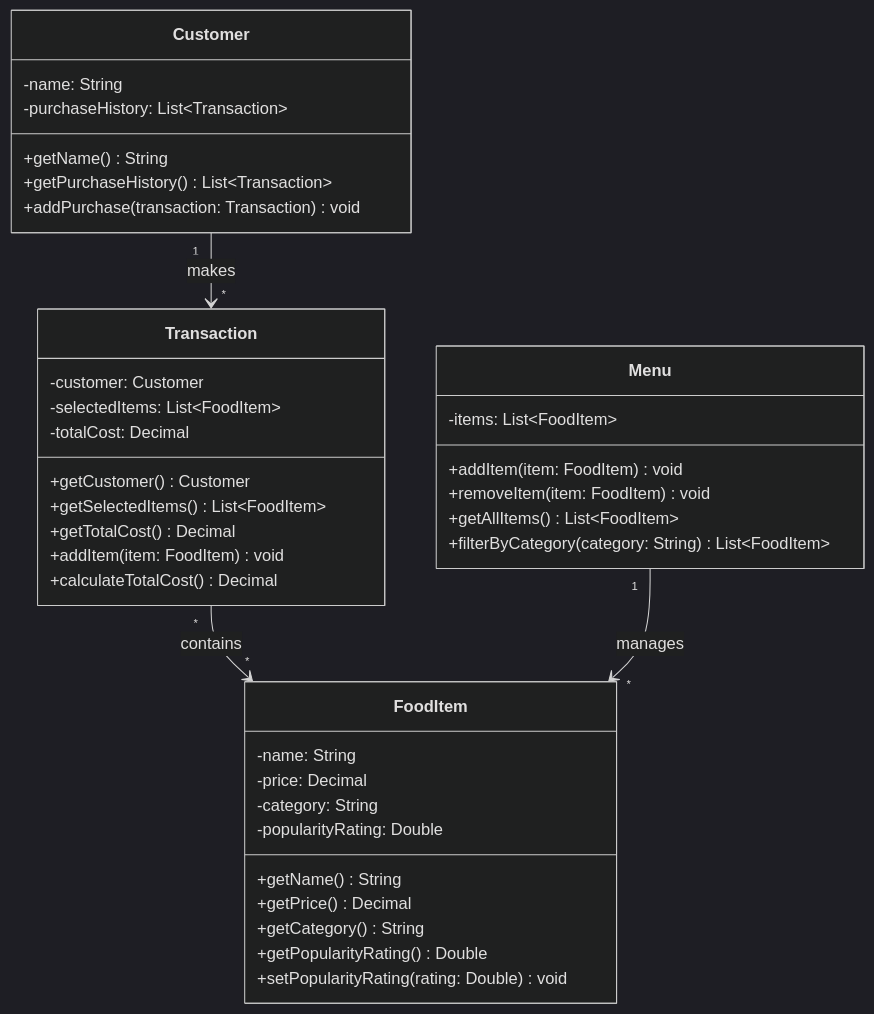
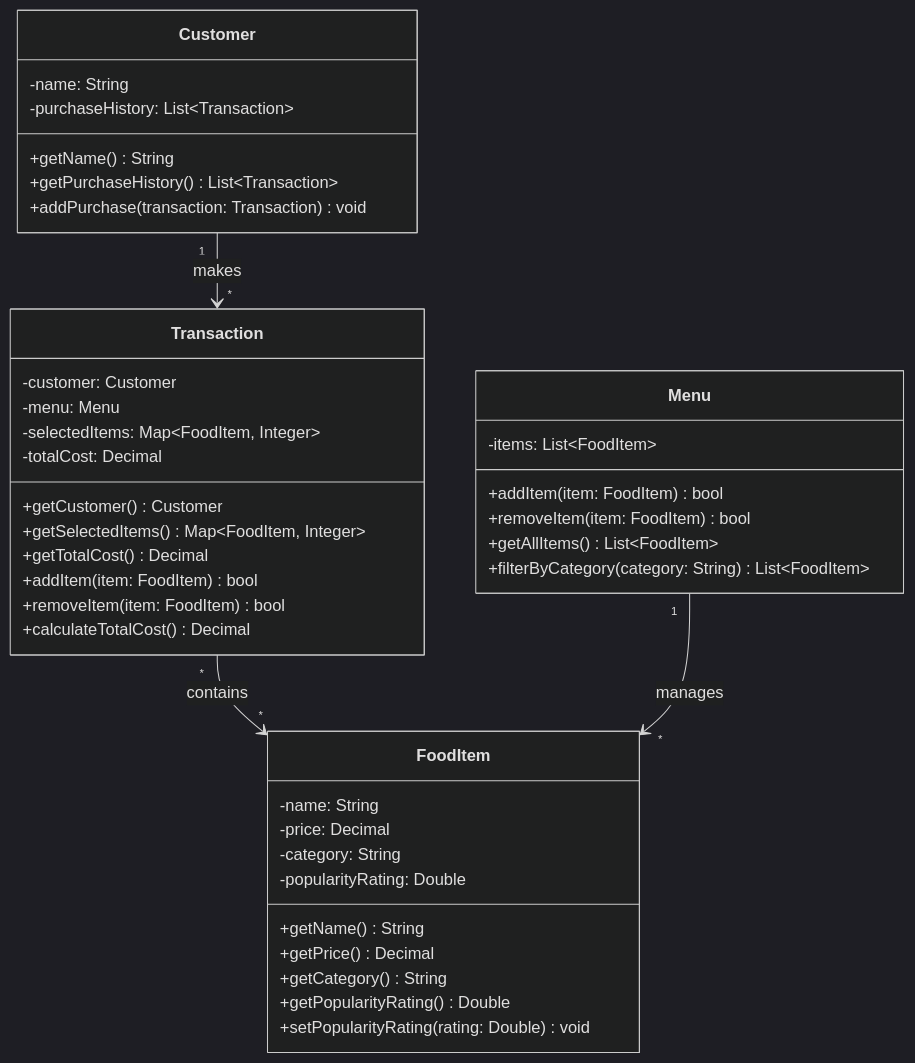
Before and after one commit to janellycedenoaquino/bytebites_tinker_activity: the diagram in bytebites_design.md, drawn with Mermaid (dark theme). The commit also changed 2 other files, not shown here.

Commit message:
updated the classes and changed things that didn't make sense in design md file

````diff
--- a/bytebites_design.md
+++ b/bytebites_design.md
@@ -3,45 +3,47 @@
 ```mermaid
 classDiagram
     class Customer {
         -name: String
         -purchaseHistory: List~Transaction~
         +getName() String
         +getPurchaseHistory() List~Transaction~
         +addPurchase(transaction: Transaction) void
     }
 
     class FoodItem {
         -name: String
         -price: Decimal
         -category: String
         -popularityRating: Double
         +getName() String
         +getPrice() Decimal
         +getCategory() String
         +getPopularityRating() Double
         +setPopularityRating(rating: Double) void
     }
 
     class Menu {
         -items: List~FoodItem~
-        +addItem(item: FoodItem) void
-        +removeItem(item: FoodItem) void
+        +addItem(item: FoodItem) bool
+        +removeItem(item: FoodItem) bool
         +getAllItems() List~FoodItem~
         +filterByCategory(category: String) List~FoodItem~
     }
 
     class Transaction {
         -customer: Customer
-        -selectedItems: List~FoodItem~
+        -menu: Menu
+        -selectedItems: Map~FoodItem, Integer~
         -totalCost: Decimal
         +getCustomer() Customer
-        +getSelectedItems() List~FoodItem~
+        +getSelectedItems() Map~FoodItem, Integer~
         +getTotalCost() Decimal
-        +addItem(item: FoodItem) void
+        +addItem(item: FoodItem) bool
+        +removeItem(item: FoodItem) bool
         +calculateTotalCost() Decimal
     }
 
     Customer "1" --> "*" Transaction : makes
     Transaction "*" --> "*" FoodItem : contains
     Menu "1" --> "*" FoodItem : manages
 ```
````
